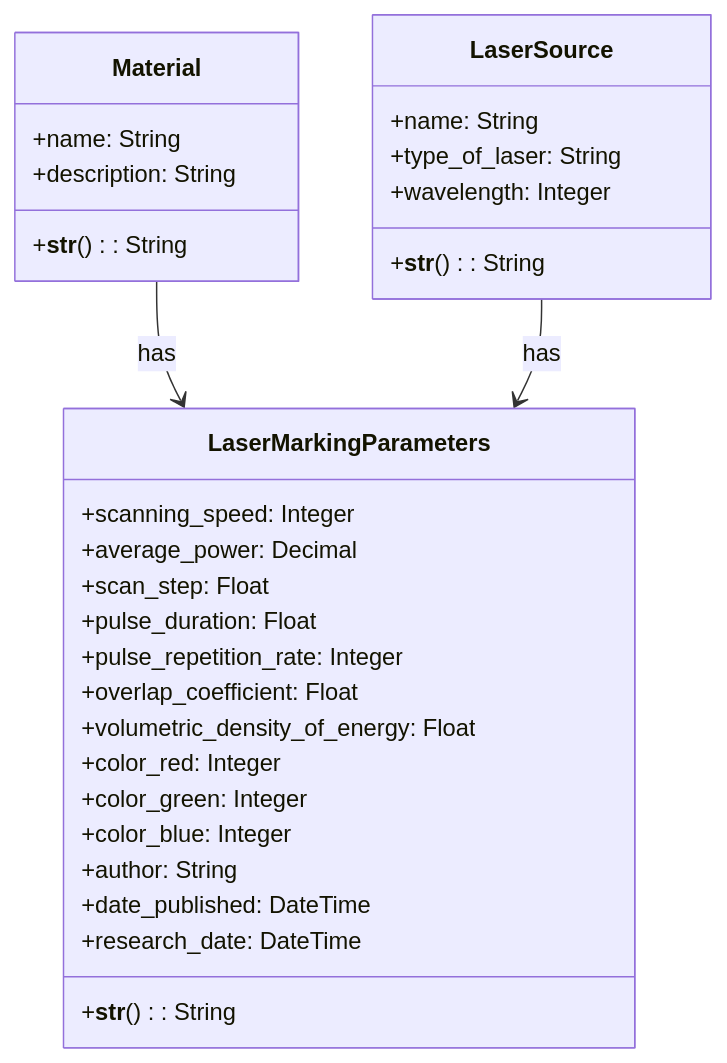
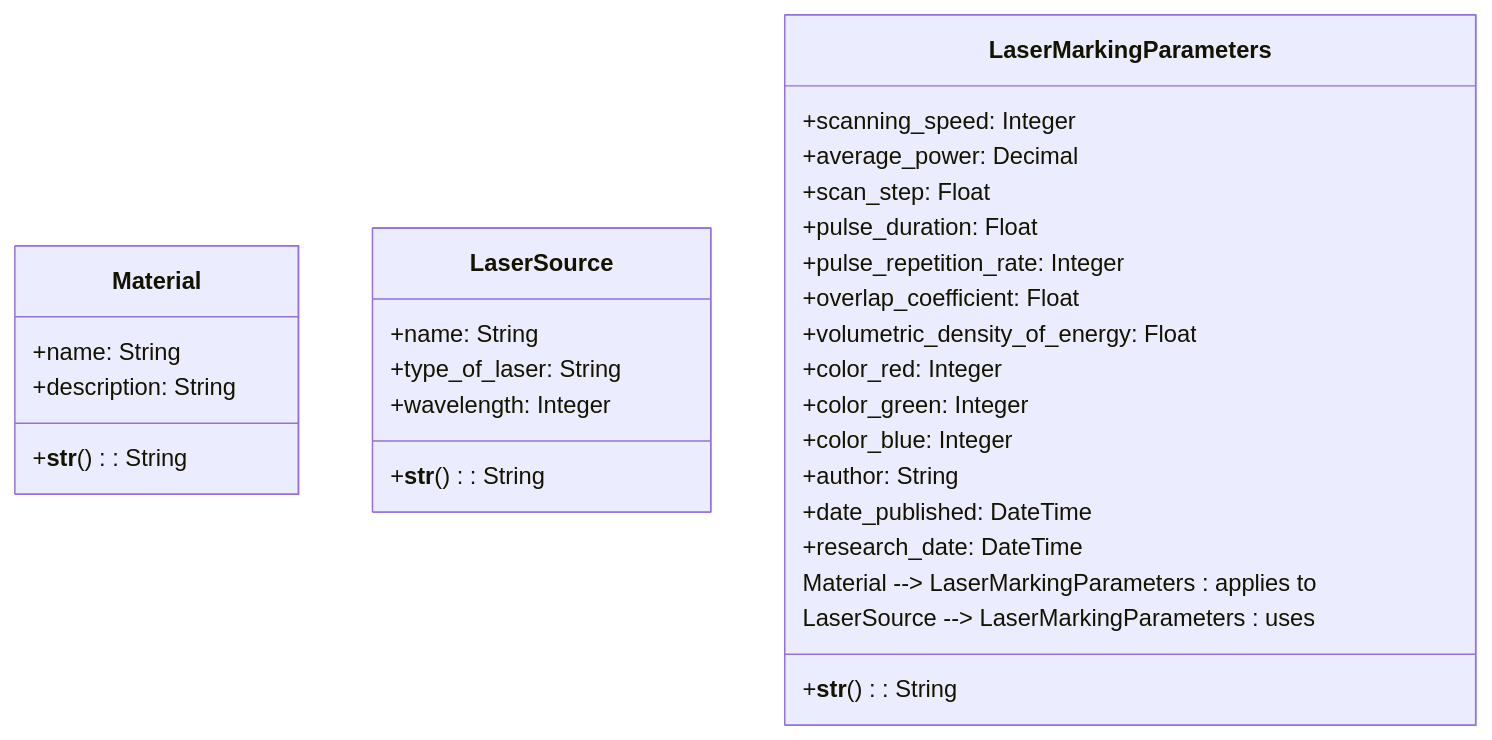
One commit to D-on3/laser_db changed the diagram in README.md. Above: the diagram before and after it, drawn with Mermaid.

````diff
--- a/README.md
+++ b/README.md
@@ -1,37 +1,37 @@
 ```mermaid
 classDiagram
     class Material {
         +name: String
         +description: String
         +__str__(): String
     }
 
     class LaserSource {
         +name: String
         +type_of_laser: String
         +wavelength: Integer
         +__str__(): String
     }
 
     class LaserMarkingParameters {
         +scanning_speed: Integer
         +average_power: Decimal
         +scan_step: Float
         +pulse_duration: Float
         +pulse_repetition_rate: Integer
         +overlap_coefficient: Float
         +volumetric_density_of_energy: Float
         +color_red: Integer
         +color_green: Integer
         +color_blue: Integer
         +author: String
         +date_published: DateTime
         +research_date: DateTime
         +__str__(): String
+
+        Material --> LaserMarkingParameters : applies to
+        LaserSource --> LaserMarkingParameters : uses
     }
-
-    Material --> LaserMarkingParameters : has
-    LaserSource --> LaserMarkingParameters : has
 
 
 ```
````
